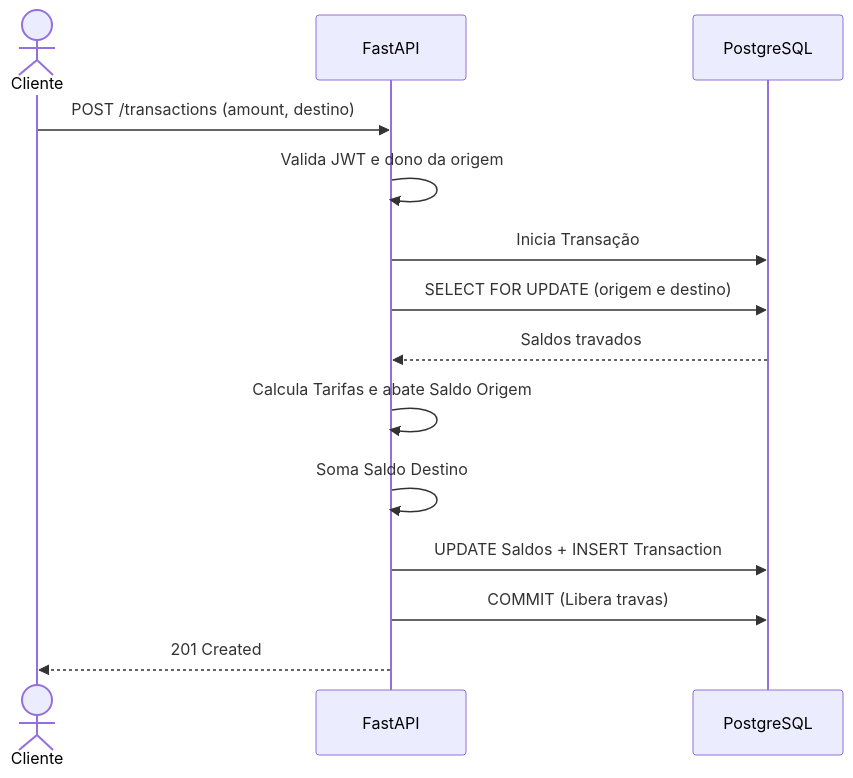
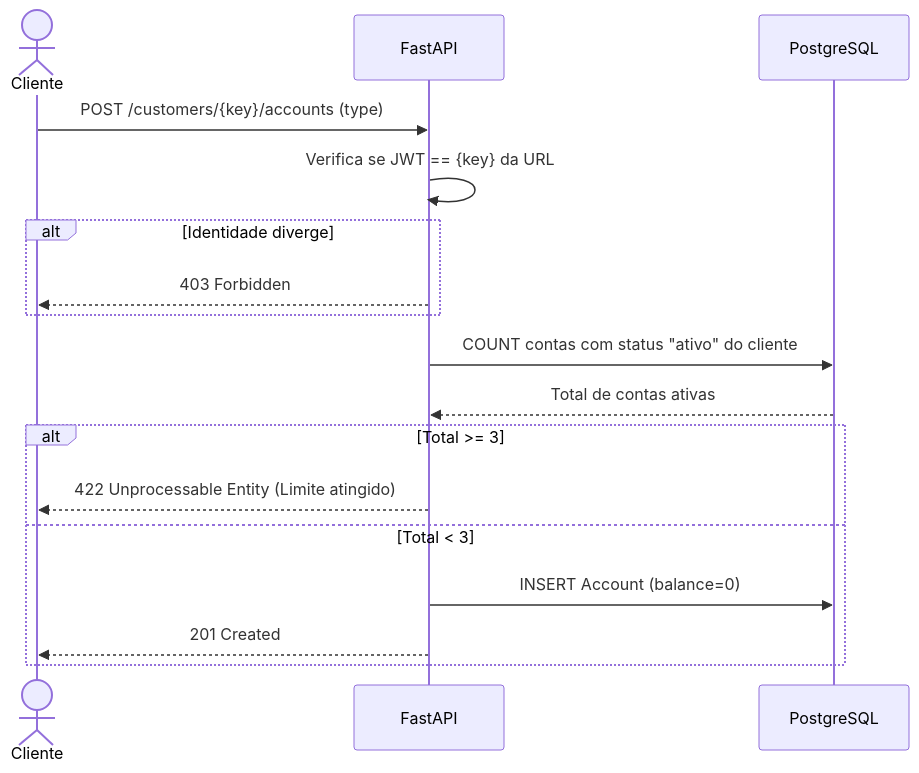
The second of 2 diagrams in docs/rfc_prototipo_bancario.md (gfdmarco/BootcampQITechG33), drawn with Mermaid before and after one commit. The commit also changed other lines of this file, not shown here.

Commit message:
docs: add general RFC draft detailing architecture, routes, and concurrency challenge

````diff
--- a/docs/rfc_prototipo_bancario.md
+++ b/docs/rfc_prototipo_bancario.md
@@ -87,17 +90,20 @@
 ```mermaid
 sequenceDiagram
     actor Cliente
     participant API as FastAPI
     participant DB as PostgreSQL
     
-    Cliente->>API: POST /transactions (amount, destino)
-    API->>API: Valida JWT e dono da origem
-    API->>DB: Inicia Transação
-    API->>DB: SELECT FOR UPDATE (origem e destino)
-    DB-->>API: Saldos travados
-    API->>API: Calcula Tarifas e abate Saldo Origem
-    API->>API: Soma Saldo Destino
-    API->>DB: UPDATE Saldos + INSERT Transaction
-    API->>DB: COMMIT (Libera travas)
-    API-->>Cliente: 201 Created
+    Cliente->>API: POST /customers/{key}/accounts (type)
+    API->>API: Verifica se JWT == {key} da URL
+    alt Identidade diverge
+        API-->>Cliente: 403 Forbidden
+    end
+    API->>DB: COUNT contas com status "ativo" do cliente
+    DB-->>API: Total de contas ativas
+    alt Total >= 3
+        API-->>Cliente: 422 Unprocessable Entity (Limite atingido)
+    else Total < 3
+        API->>DB: INSERT Account (balance=0)
+        API-->>Cliente: 201 Created
+    end
 ```
````
